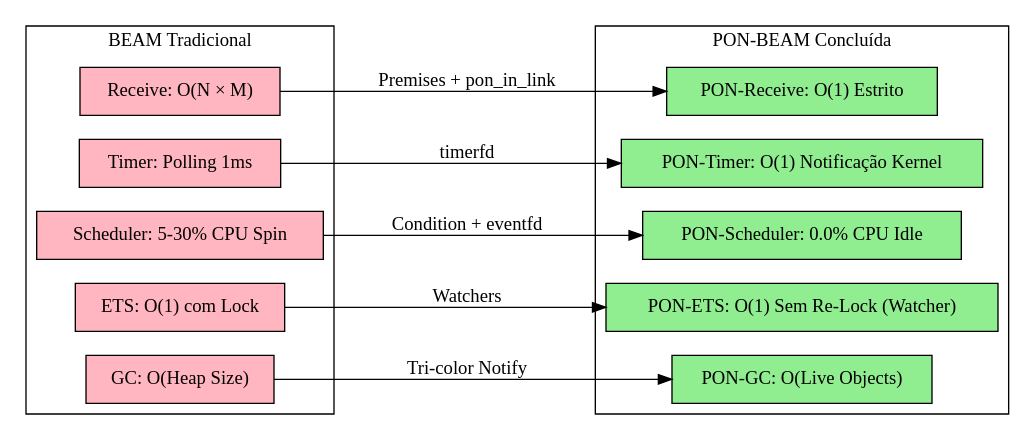
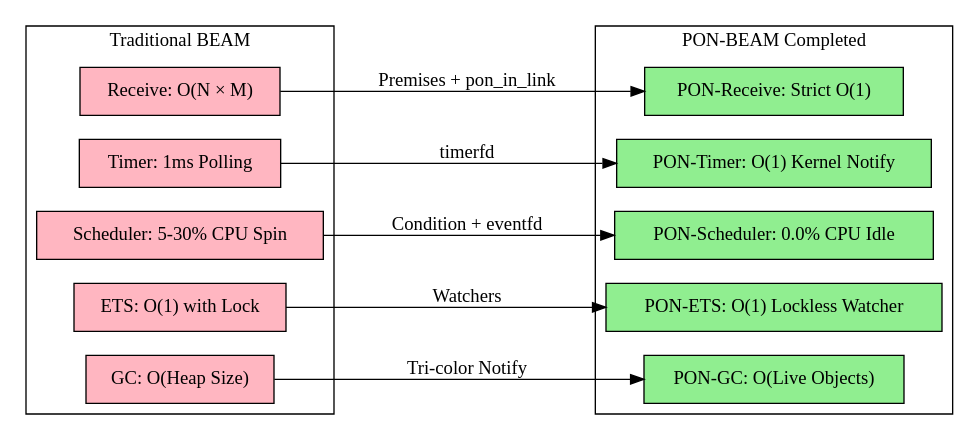
The third of 3 diagrams in docs/PROJECT_PLAN.md (matheuscamarques/pon_beam), drawn with Graphviz before and after one commit. The commit also changed other lines of this file and 32 other files, not shown here.

````diff
--- a/docs/PROJECT_PLAN.md
+++ b/docs/PROJECT_PLAN.md
@@ -121,30 +121,30 @@
-```dot Mudanças de Complexidade por Subsistema
+```dot
 digraph complexity {
   rankdir=LR;
   node [shape=box, style=filled, fillcolor=lightyellow];
 
   subgraph cluster_before {
-    label="BEAM Tradicional";
+    label="Traditional BEAM";
     "Receive: O(N × M)" [fillcolor=lightpink];
-    "Timer: Polling 1ms" [fillcolor=lightpink];
+    "Timer: 1ms Polling" [fillcolor=lightpink];
     "Scheduler: 5-30% CPU Spin" [fillcolor=lightpink];
-    "ETS: O(1) com Lock" [fillcolor=lightpink];
+    "ETS: O(1) with Lock" [fillcolor=lightpink];
     "GC: O(Heap Size)" [fillcolor=lightpink];
   }
 
   subgraph cluster_after {
-    label="PON-BEAM Concluída";
-    "PON-Receive: O(1) Estrito" [fillcolor=lightgreen];
-    "PON-Timer: O(1) Notificação Kernel" [fillcolor=lightgreen];
+    label="PON-BEAM Completed";
+    "PON-Receive: Strict O(1)" [fillcolor=lightgreen];
+    "PON-Timer: O(1) Kernel Notify" [fillcolor=lightgreen];
     "PON-Scheduler: 0.0% CPU Idle" [fillcolor=lightgreen];
-    "PON-ETS: O(1) Sem Re-Lock (Watcher)" [fillcolor=lightgreen];
+    "PON-ETS: O(1) Lockless Watcher" [fillcolor=lightgreen];
     "PON-GC: O(Live Objects)" [fillcolor=lightgreen];
   }
 
-  "Receive: O(N × M)" -> "PON-Receive: O(1) Estrito" [label="  Premises + pon_in_link"];
-  "Timer: Polling 1ms" -> "PON-Timer: O(1) Notificação Kernel" [label="  timerfd"];
+  "Receive: O(N × M)" -> "PON-Receive: Strict O(1)" [label="  Premises + pon_in_link"];
+  "Timer: 1ms Polling" -> "PON-Timer: O(1) Kernel Notify" [label="  timerfd"];
   "Scheduler: 5-30% CPU Spin" -> "PON-Scheduler: 0.0% CPU Idle" [label="  Condition + eventfd"];
-  "ETS: O(1) com Lock" -> "PON-ETS: O(1) Sem Re-Lock (Watcher)" [label="  Watchers"];
+  "ETS: O(1) with Lock" -> "PON-ETS: O(1) Lockless Watcher" [label="  Watchers"];
   "GC: O(Heap Size)" -> "PON-GC: O(Live Objects)" [label="  Tri-color Notify"];
 }
 ```
````
